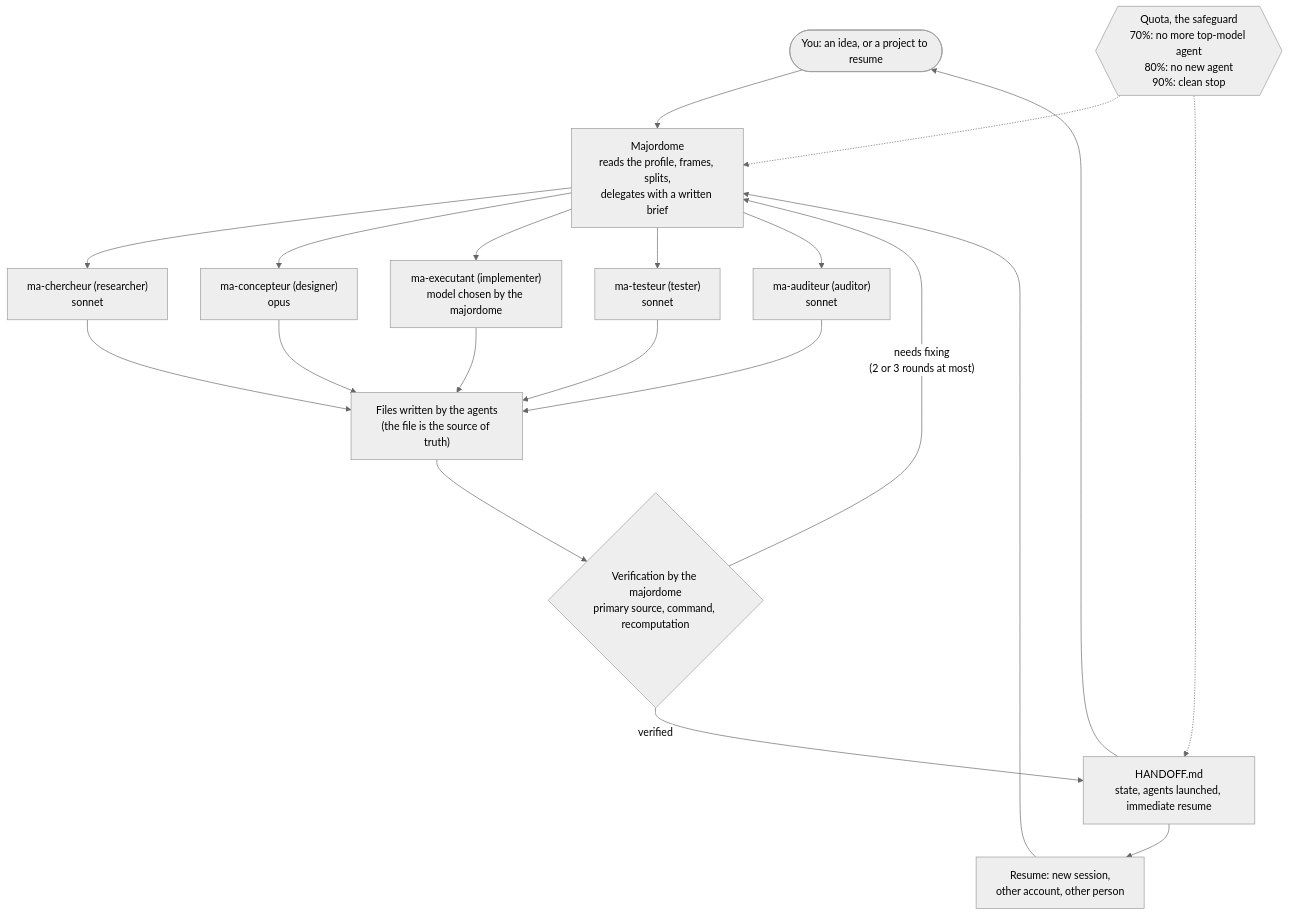
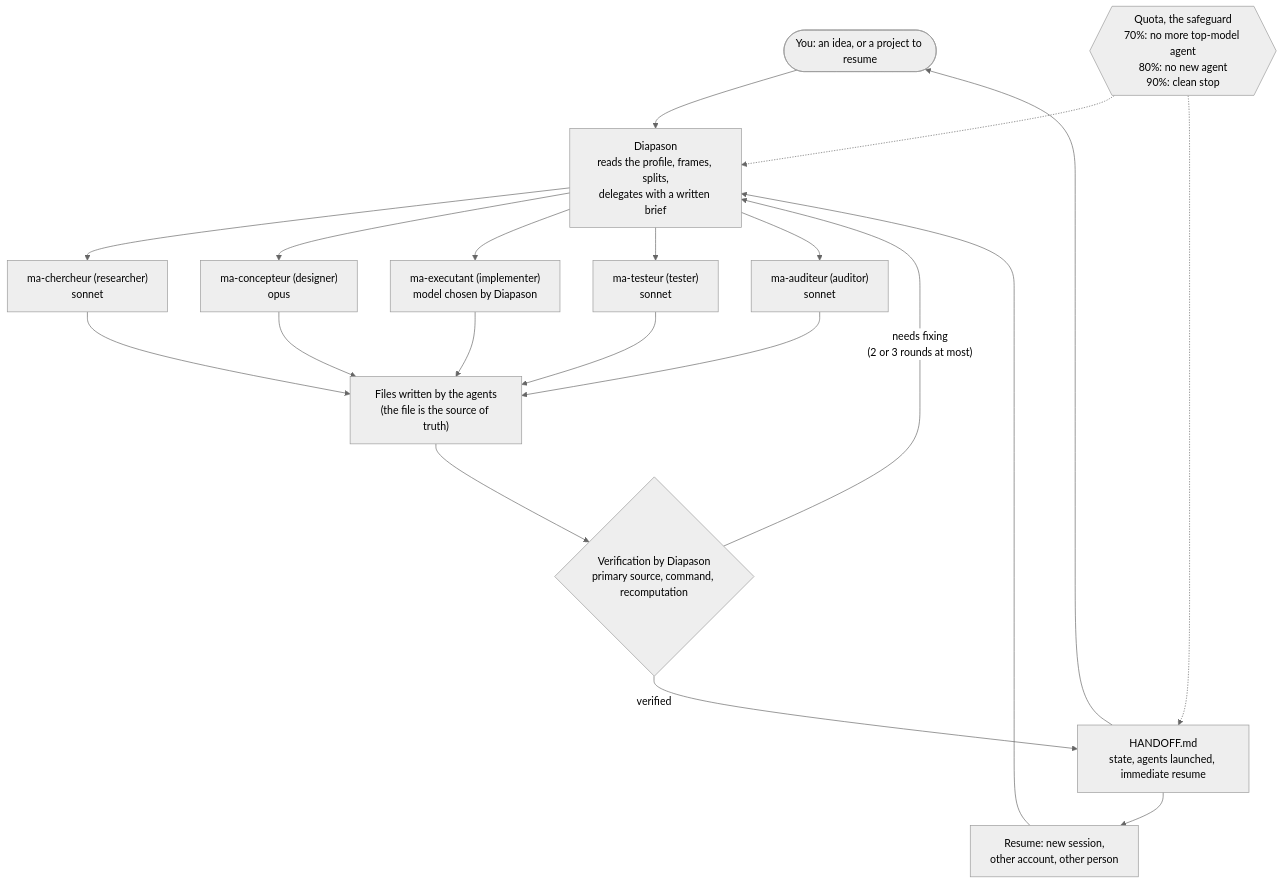
The diagram in GUIDE.en.md (MalikChopa/diapason), drawn with Mermaid (neutral theme) before and after one commit. The commit also changed other lines of this file and 117 other files, not shown here.

Commit message:
v1.5.0 : Majordome devient Diapason (/diapason), README bilingue en un seul fichier

````diff
--- a/GUIDE.en.md
+++ b/GUIDE.en.md
@@ -27,26 +27,26 @@
 ```mermaid
 flowchart TD
-    U(["You: an idea, or a project to resume"]) --> M["Majordome<br/>reads the profile, frames, splits,<br/>delegates with a written brief"]
+    U(["You: an idea, or a project to resume"]) --> M["Diapason<br/>reads the profile, frames, splits,<br/>delegates with a written brief"]
 
     M --> A1["ma-chercheur (researcher)<br/>sonnet"]
     M --> A2["ma-concepteur (designer)<br/>opus"]
-    M --> A3["ma-executant (implementer)<br/>model chosen by the majordome"]
+    M --> A3["ma-executant (implementer)<br/>model chosen by Diapason"]
     M --> A4["ma-testeur (tester)<br/>sonnet"]
     M --> A5["ma-auditeur (auditor)<br/>sonnet"]
 
     A1 --> F["Files written by the agents<br/>(the file is the source of truth)"]
     A2 --> F
     A3 --> F
     A4 --> F
     A5 --> F
 
-    F --> V{"Verification by the majordome<br/>primary source, command, recomputation"}
+    F --> V{"Verification by Diapason<br/>primary source, command, recomputation"}
     V -- "needs fixing<br/>(2 or 3 rounds at most)" --> M
     V -- "verified" --> H["HANDOFF.md<br/>state, agents launched, immediate resume"]
     H --> R["Resume: new session,<br/>other account, other person"]
     R --> M
     H --> U
 
     Q{{"Quota, the safeguard<br/>70%: no more top-model agent<br/>80%: no new agent<br/>90%: clean stop"}} -.-> M
     Q -.-> H
 ```
````
